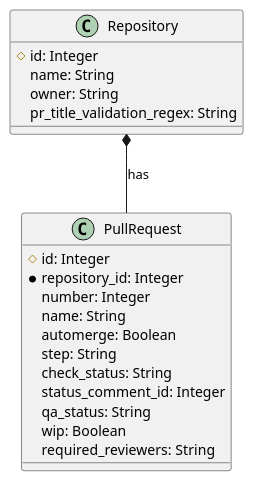
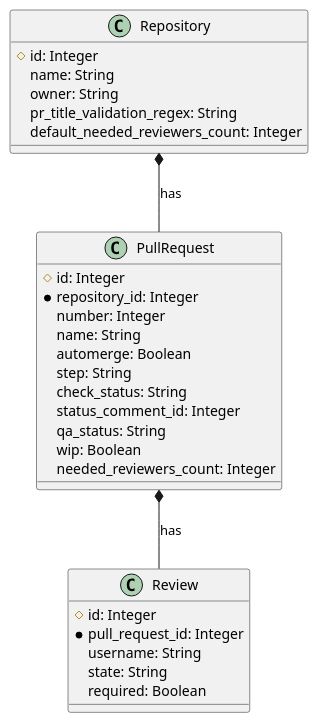
The diagram in docs/schema.plantuml (sharingcloud/github-scbot), drawn with PlantUML before and after one commit. The commit also changed 48 other files, not shown here.

```diff
--- a/docs/schema.plantuml
+++ b/docs/schema.plantuml
@@ -1,23 +1,32 @@
 @startuml Schema
 class Repository {
     #id: Integer
     name: String
     owner: String
     pr_title_validation_regex: String
+    default_needed_reviewers_count: Integer
 }
 class PullRequest {
     #id: Integer
     *repository_id: Integer
     number: Integer
     name: String
     automerge: Boolean
     step: String
     check_status: String
     status_comment_id: Integer
     qa_status: String
     wip: Boolean
-    required_reviewers: String
+    needed_reviewers_count: Integer
+}
+class Review {
+    #id: Integer
+    *pull_request_id: Integer
+    username: String
+    state: String
+    required: Boolean
 }
 
 Repository *-- PullRequest : has
+PullRequest *-- Review : has
 @enduml
```
